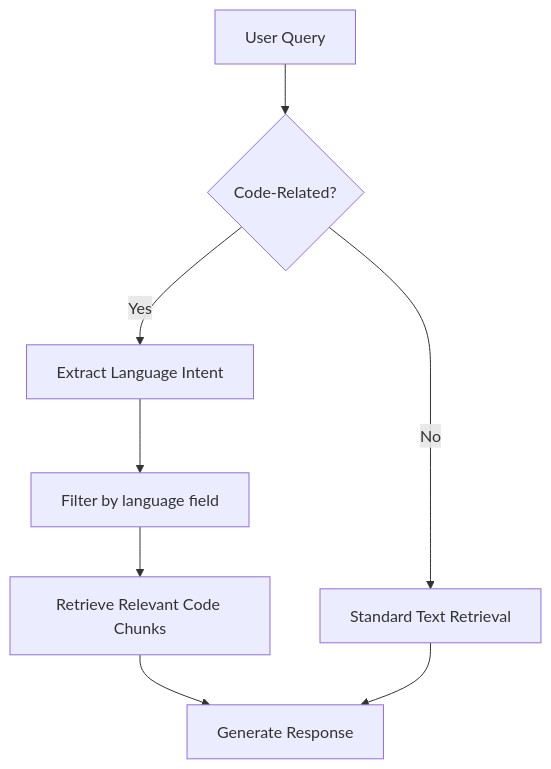
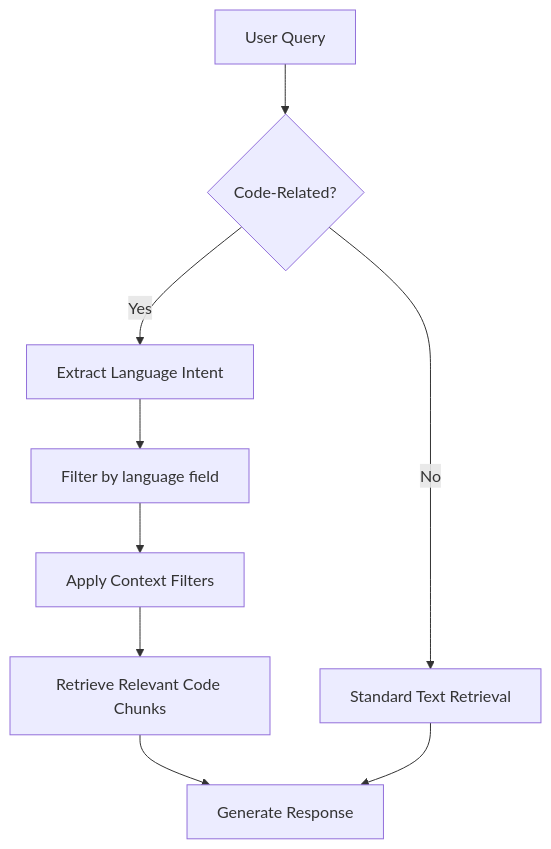
Before and after one commit to asukhodko/dify-markdown-chunker: the fifth of 5 diagrams in .qoder/repowiki/en/content/Reference/Output Format Specification/Metadata Schema/Content-Specific Fields/Code Content Fields.md, drawn with Mermaid. The commit also changed other lines of this file and 18 other files, not shown here.

First line of the commit message:
feat(code-context): add code context binding and enrich code chunk metadata

````diff
--- a/.qoder/repowiki/en/content/Reference/Output Format Specification/Metadata Schema/Content-Specific Fields/Code Content Fields.md
+++ b/.qoder/repowiki/en/content/Reference/Output Format Specification/Metadata Schema/Content-Specific Fields/Code Content Fields.md
@@ -114,10 +161,11 @@
 ```mermaid
 graph TD
 A["User Query"] --> B{"Code-Related?"}
 B --> |Yes| C["Extract Language Intent"]
 C --> D["Filter by language field"]
-D --> E["Retrieve Relevant Code Chunks"]
-E --> F["Generate Response"]
-B --> |No| G["Standard Text Retrieval"]
-G --> F
+D --> E["Apply Context Filters"]
+E --> F["Retrieve Relevant Code Chunks"]
+F --> G["Generate Response"]
+B --> |No| H["Standard Text Retrieval"]
+H --> G
 ```
````
